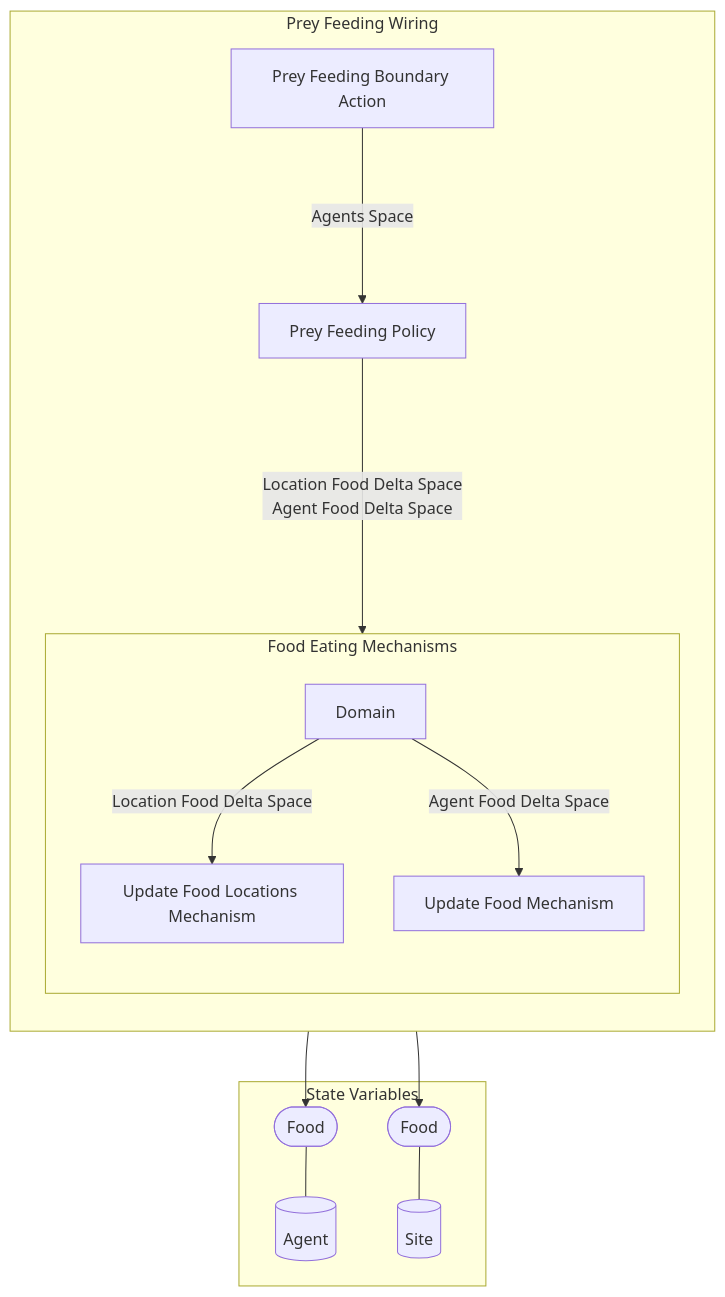
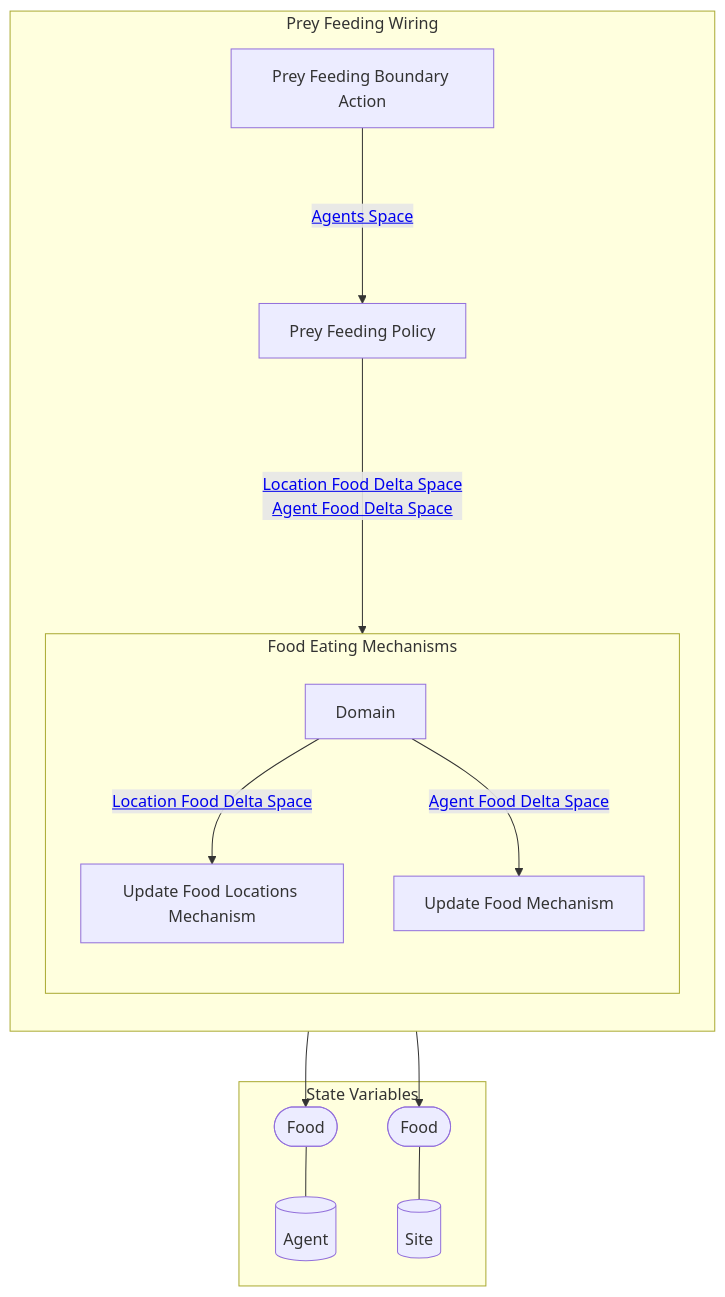
One commit to BlockScience/Predator-Prey-MSML changed the second of 2 diagrams in reports/obsidian/Wiring/Prey Feeding Wiring.md. Above: the diagram before and after it, drawn with Mermaid. The commit also changed other lines of this file and 48 other files, not shown here.

````diff
--- a/reports/obsidian/Wiring/Prey Feeding Wiring.md
+++ b/reports/obsidian/Wiring/Prey Feeding Wiring.md
@@ -37,42 +37,42 @@
 ```mermaid
 graph TB
 
 subgraph SVS["State Variables"]
 EE0[("Agent")]
 EE1[("Site")]
 EES0(["Food"])
 EES0 --- EE0
 EES1(["Food"])
 EES1 --- EE1
 end
 
 subgraph X8["Prey Feeding Wiring"]
 direction TB
 X1["Prey Feeding Boundary Action"]
 X2["Prey Feeding Policy"]
 subgraph X7["Food Eating Mechanisms"]
 direction TB
 X3["Update Food Locations Mechanism"]
 X3 --> EES1
 X4["Update Food Mechanism"]
 X4 --> EES0
 X5[Domain]
 
 direction LR
 direction TB
-X5 --"Location Food Delta Space"--> X3
-X5 --"Agent Food Delta Space"--> X4
+X5 --"<a href='Location Food Delta Space' class=internal-link>Location Food Delta Space</a>"--> X3
+X5 --"<a href='Agent Food Delta Space' class=internal-link>Agent Food Delta Space</a>"--> X4
 end
-X1--"Agents Space"--->X2
-X2--"Location Food Delta Space
-Agent Food Delta Space"---->X7
+X1--"<a href='Agents Space' class=internal-link>Agents Space</a>"--->X2
+X2--"<a href='Location Food Delta Space' class=internal-link>Location Food Delta Space</a>
+<a href='Agent Food Delta Space' class=internal-link>Agent Food Delta Space</a>"---->X7
 end
 class X1 internal-link;
 class X2 internal-link;
 class X3 internal-link;
 class X4 internal-link;
 class X6 internal-link;
 class EE0 internal-link;
 class EE1 internal-link;
 
 ```
````
